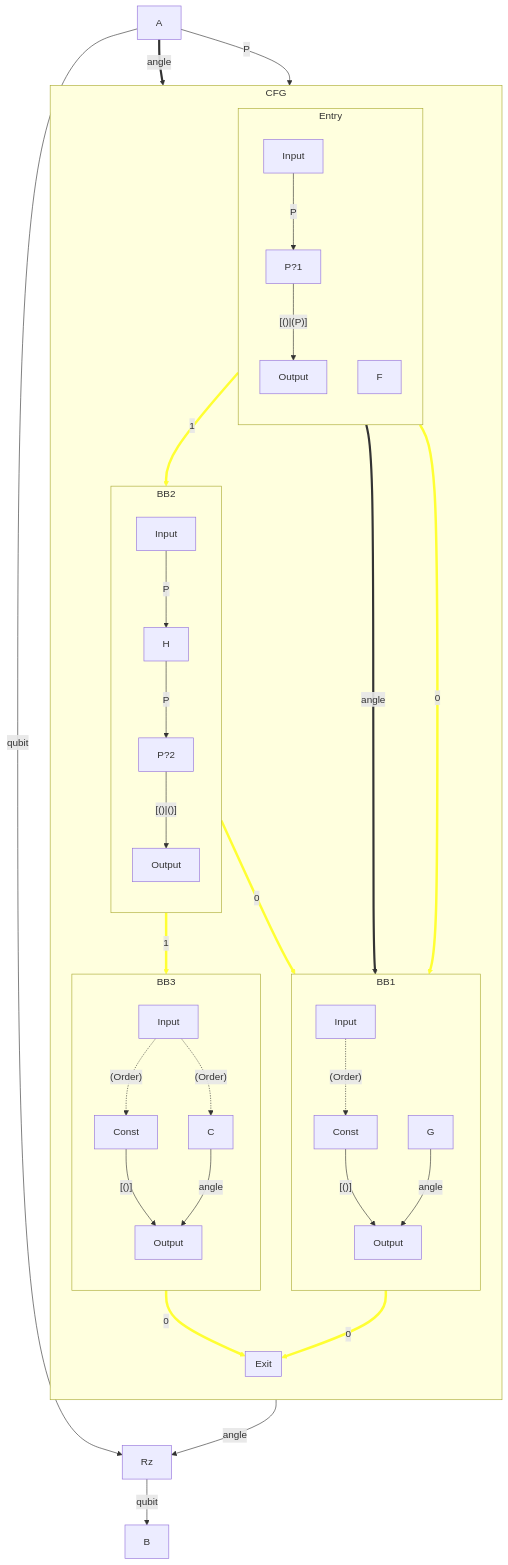
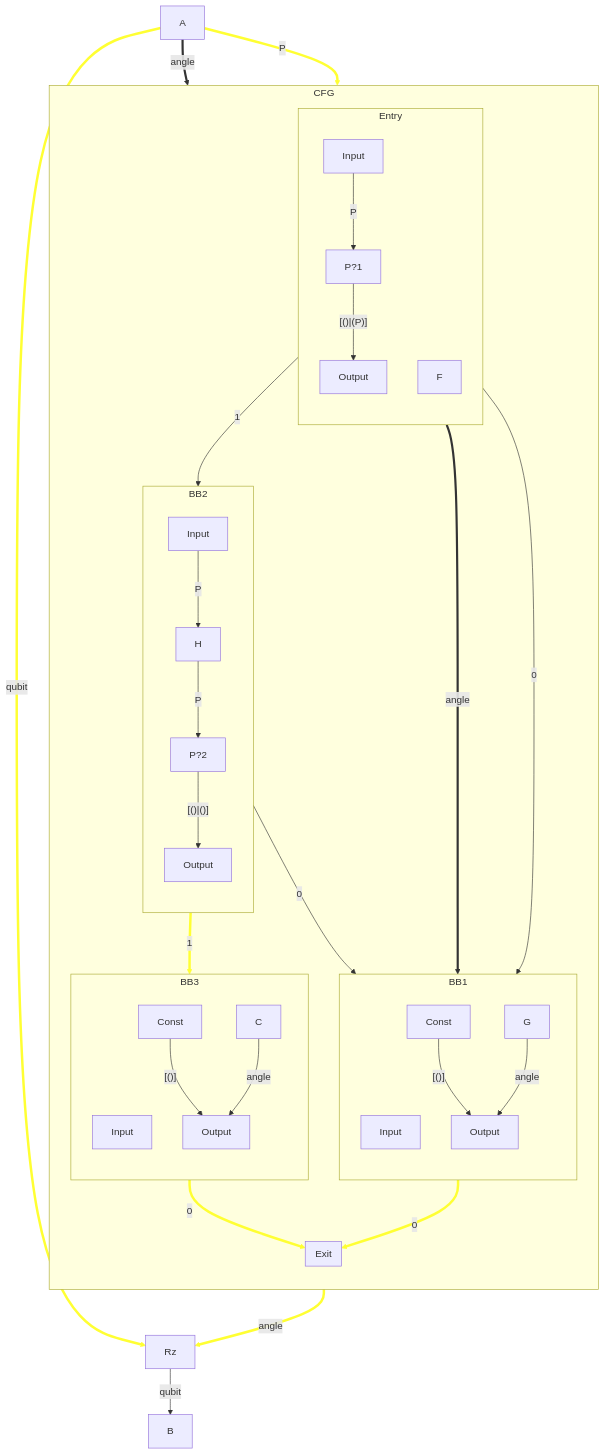
Before and after one commit to CQCL/hugr: the sixth of 6 diagrams in specification/hugr.md, drawn with Mermaid. The commit also changed other lines of this file, not shown here.

Commit message:
docs: remove input->const order edges from spec diagrams

````diff
--- a/specification/hugr.md
+++ b/specification/hugr.md
@@ -646,45 +643,44 @@
 ```mermaid
 flowchart
     subgraph CFG
         direction TB
         subgraph Entry
             direction TB
             EntryIn["Input"] -- "P" --> Entry_["P?1"]
             Entry_ -- "[()|(P)]" --> EntryOut["Output"]
             F
         end
         subgraph BB1
             direction TB
-            BB1In["Input"] -. "(Order)" .-> BB1_["Const"]
-            BB1_ -- "[()]" --> BB1Out["Output"]
+            BB1In["Input"]
+            BB1_["Const"] -- "[()]" --> BB1Out["Output"]
             G -- "angle" --> BB1Out
         end
         subgraph BB2
             direction TB
             BB2In["Input"] -- "P" --> H -- "P" --> BB2_["P?2"]
             BB2_ -- "[()|()]" --> BB2Out["Output"]
         end
         subgraph BB3
             direction TB
-            BB3In["Input"] -. "(Order)" .-> C
-            BB3In -. "(Order)" .-> BB3_["Const"]
-            BB3_ -- "[()]" --> BB3Out["Output"]
+            BB3In["Input"]
+            BB3_["Const"] -- "[()]" --> BB3Out["Output"]
             C -- "angle" --> BB3Out
         end
         subgraph Exit
         end
         Entry -- "0" --> BB1
         Entry -- "1" --> BB2
         BB2 -- "0" --> BB1
         BB2 -- "1" --> BB3
         BB1 -- "0" --> Exit
         BB3 -- "0" --> Exit
     end
     A -- "P" --> CFG
     A -- "qubit" --> Rz_out["Rz"]
     CFG -- "angle" --> Rz_out
     Rz_out -- "qubit" --> B
     A == "angle" ==> F
     F == "angle" ==> G
     linkStyle 12,13,14,15,16,17 stroke:#ff3,stroke-width:4px;
 ```
````
